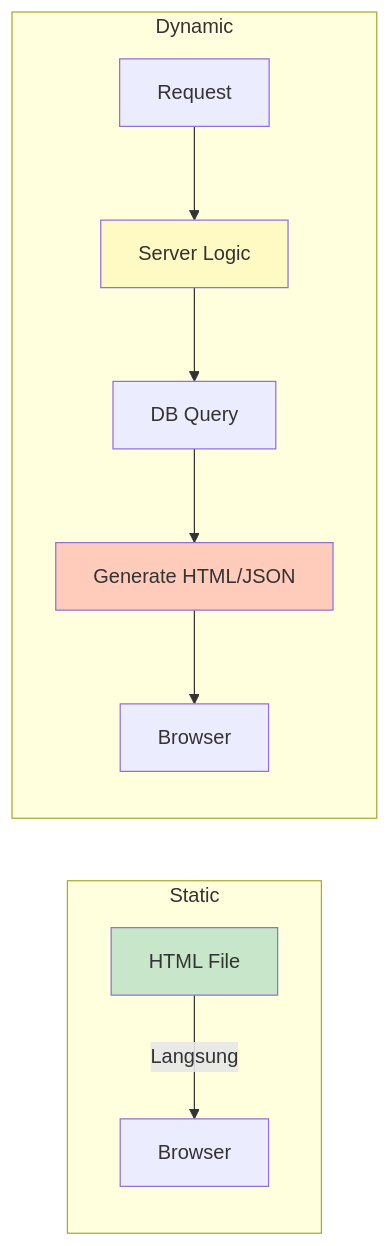
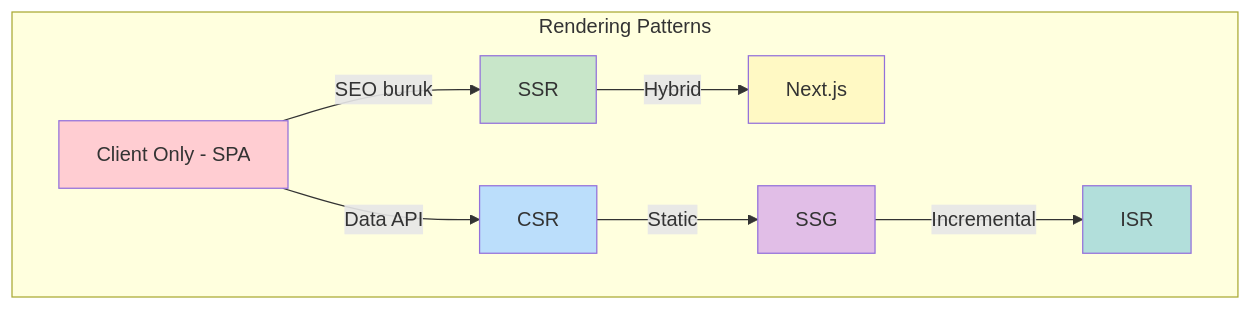
The fourth of 4 diagrams in 36-web-architecture/03-frontend-vs-backend.md (ant-joshua/rpl-ai-curriculum), drawn with Mermaid before and after one commit. The commit also changed other lines of this file and 80 other files, not shown here.

````diff
--- a/36-web-architecture/03-frontend-vs-backend.md
+++ b/36-web-architecture/03-frontend-vs-backend.md
@@ -240,15 +282,16 @@
 ```mermaid
-graph LR
-    subgraph "Static"
-        A[HTML File] -->|Langsung| B[Browser]
+graph TD
+    subgraph "Rendering Patterns"
+        A[Client Only - SPA] -->|SEO buruk| B[SSR]
+        A -->|Data API| C[CSR]
+        B -->|Hybrid| D[Next.js]
+        C -->|Static| E[SSG]
+        E -->|Incremental| F[ISR]
     end
-    subgraph "Dynamic"
-        C[Request] --> D[Server Logic]
-        D --> E[DB Query]
-        E --> F[Generate HTML/JSON]
-        F --> G[Browser]
-    end
-    style A fill:#c8e6c9
+    style A fill:#ffcdd2
+    style B fill:#c8e6c9
+    style C fill:#bbdefb
     style D fill:#fff9c4
-    style F fill:#ffccbc
+    style E fill:#e1bee7
+    style F fill:#b2dfdb
 ```
````
